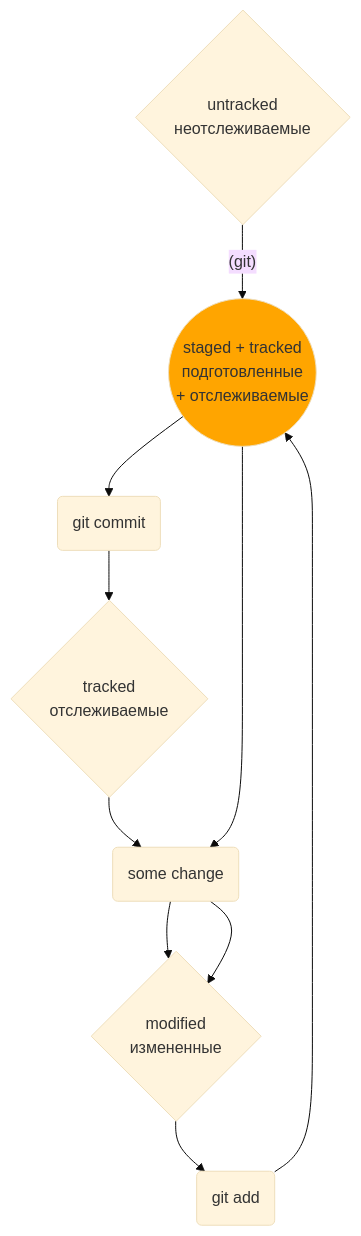
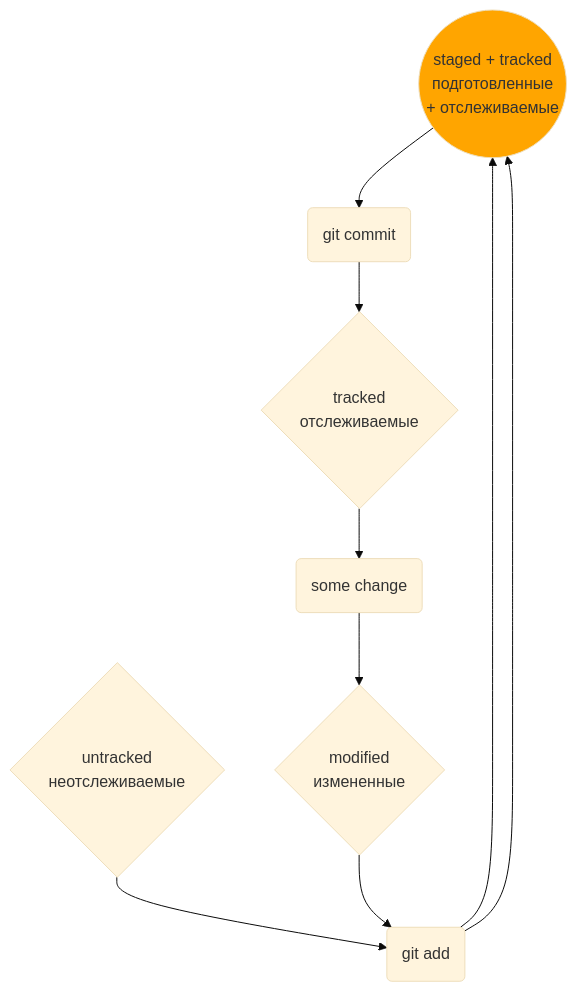
One commit to AleksandrVakarin/GitInstructionMermaid changed the diagram in README.md. Above: the diagram before and after it, drawn with Mermaid (base theme).

````diff
--- a/README.md
+++ b/README.md
@@ -93,20 +93,18 @@
 ```mermaid
 flowchart TD;
 	
-	stg((staged + tracked<br>подготовленные<br> + отслеживаемые))
+	stgd((staged + tracked<br>подготовленные<br> + отслеживаемые))
 	mdf{modified<br>измененные}
 	untr{untracked<br>неотслеживаемые}
 	trcd{tracked<br>отслеживаемые}
 
 	ga(git add)
 	gc(git commit)
 	sc(some change)
 	style ga gc sc fill: grey
 
-	untr-- (git) -->stg
-	stg--> gc -->trcd
-	trcd--> sc -->mdf
-	mdf--> ga -->stg
-	stg--> sc -->mdf
-	style stg fill: orange
+	untr--> ga -->stgd--> gc -->trcd
+	trcd--> sc -->mdf--> ga --> stgd
+
+	style stgd fill: orange
 ```
````
